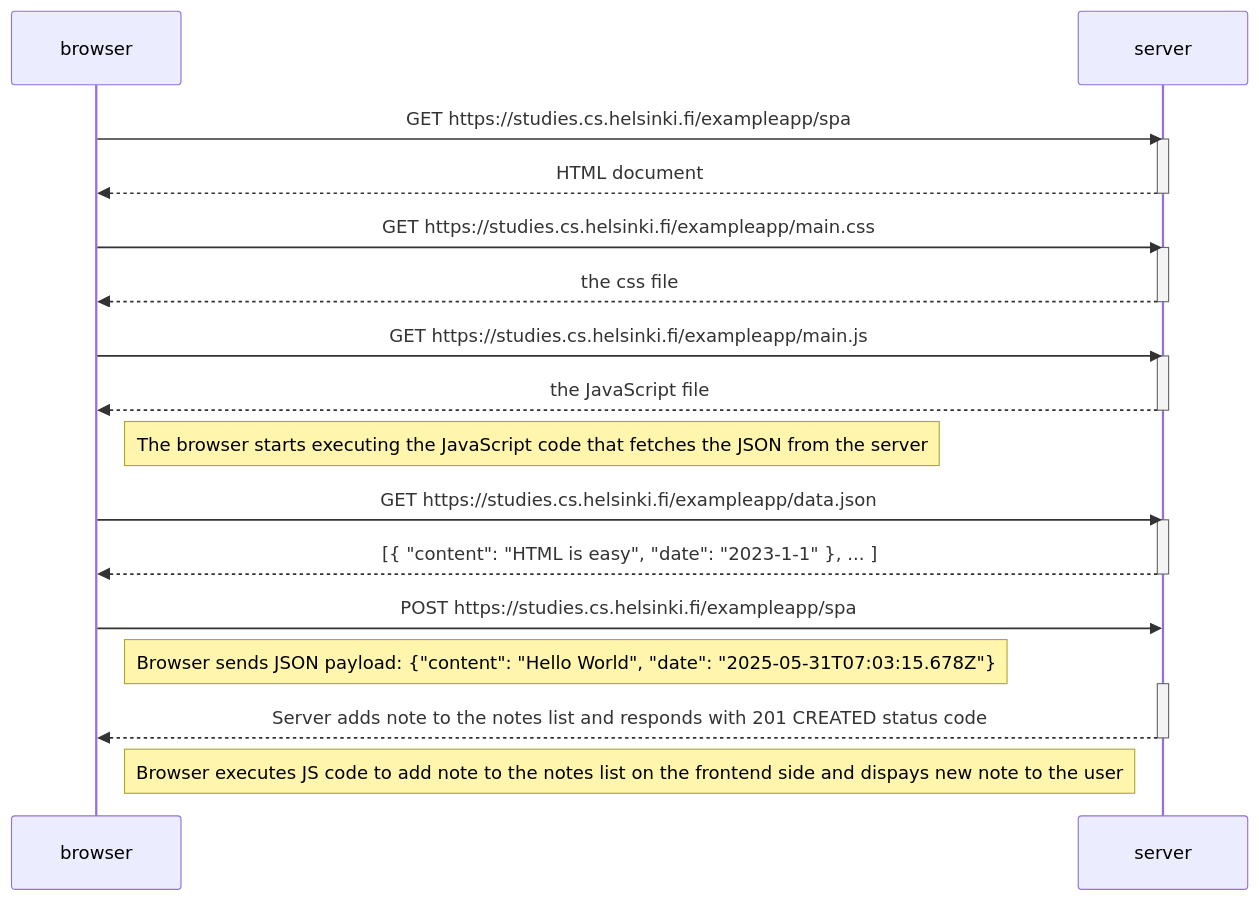
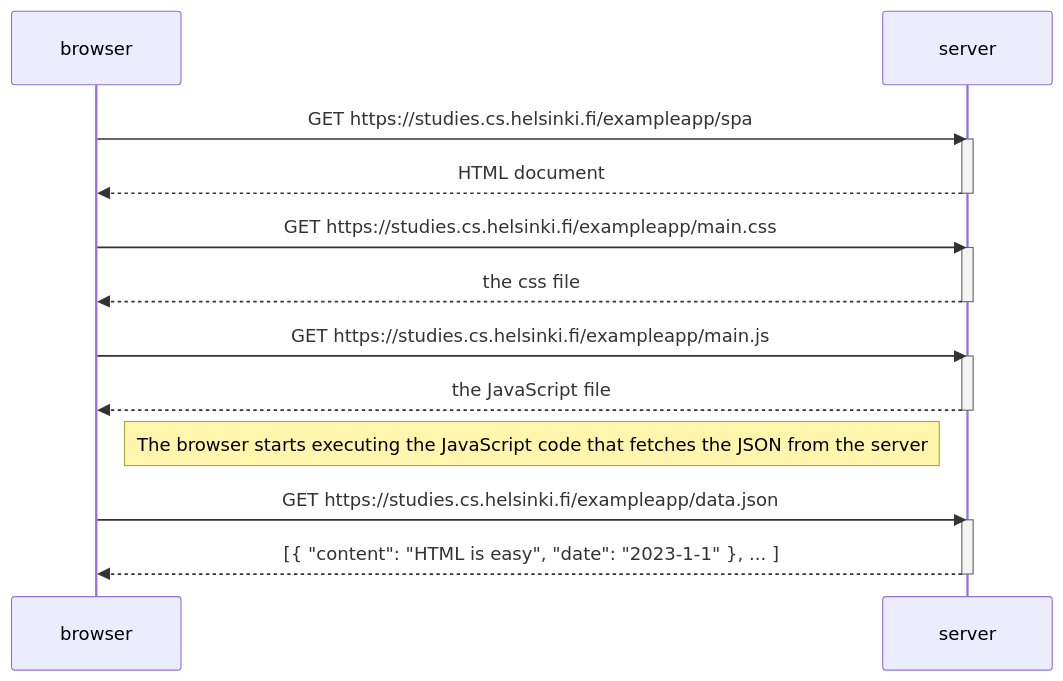
Before and after one commit to Evgenij27/fullstackopen: the diagram in part0/05.mmd, drawn with Mermaid.

Commit message:
remove adding note

```diff
--- a/part0/05.mmd
+++ b/part0/05.mmd
@@ -1,35 +1,25 @@
 sequenceDiagram
     participant browser
     participant server
 
     browser->>server: GET https://studies.cs.helsinki.fi/exampleapp/spa
     activate server
     server-->>browser: HTML document
     deactivate server
 
     browser->>server: GET https://studies.cs.helsinki.fi/exampleapp/main.css
     activate server
     server-->>browser: the css file
     deactivate server
 
     browser->>server: GET https://studies.cs.helsinki.fi/exampleapp/main.js
     activate server
     server-->>browser: the JavaScript file
     deactivate server
 
     Note right of browser: The browser starts executing the JavaScript code that fetches the JSON from the server
 
     browser->>server: GET https://studies.cs.helsinki.fi/exampleapp/data.json
     activate server
     server-->>browser: [{ "content": "HTML is easy", "date": "2023-1-1" }, ... ]
     deactivate server
-
-    browser->>server: POST https://studies.cs.helsinki.fi/exampleapp/spa
-    
-    Note right of browser: Browser sends JSON payload: {"content": "Hello World", "date": "2025-05-31T07:03:15.678Z"}
-    
-    activate server
-    server-->>browser: Server adds note to the notes list and responds with 201 CREATED status code 
-    deactivate server
-
-    Note right of browser:  Browser executes JS code to add note to the notes list on the frontend side and dispays new note to the user
```
